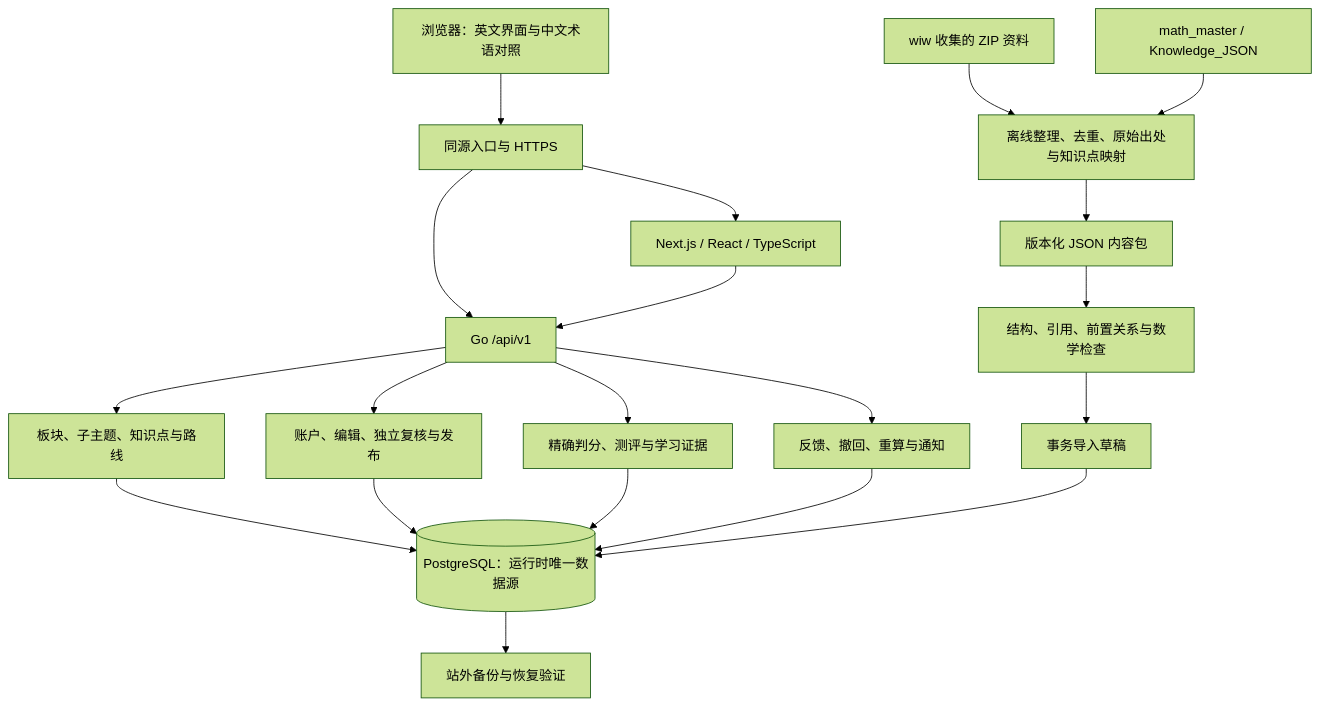
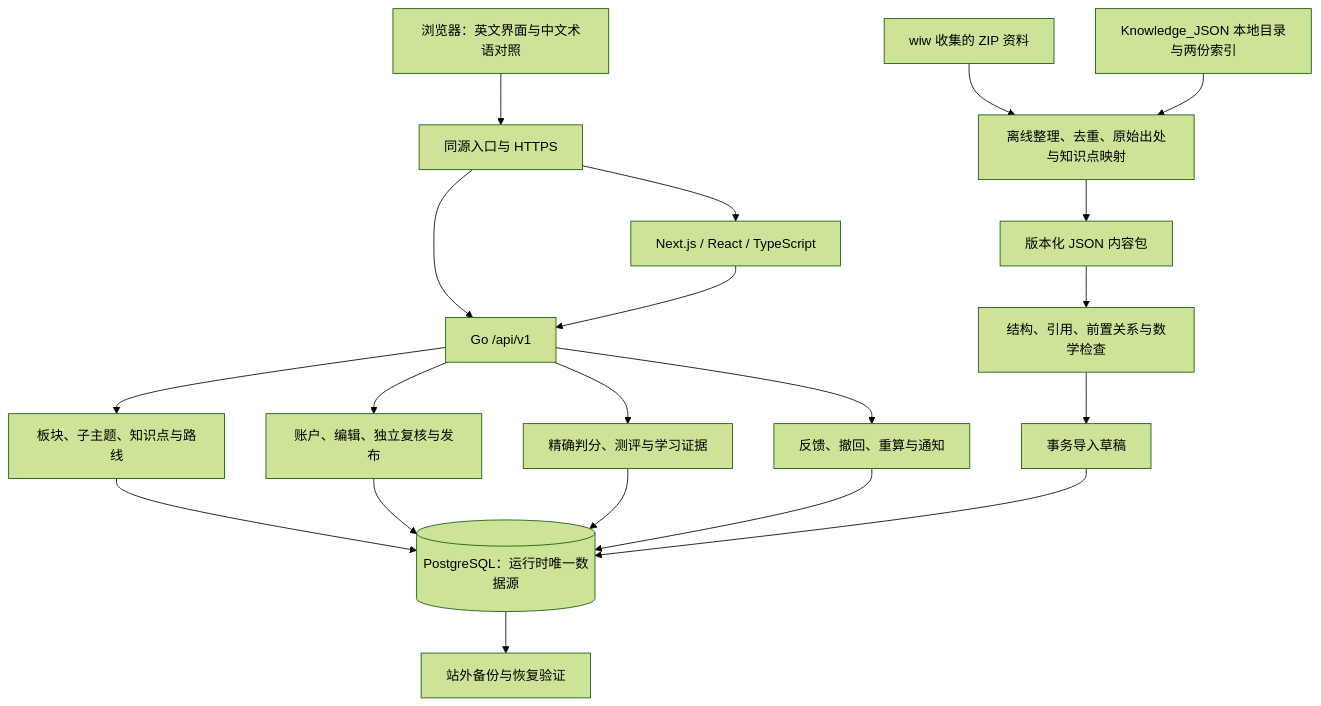
One commit to yyl1212/math_master changed the diagram in docs/superpowers/plans/2026-09-30-development-roadmap.md. Above: the diagram before and after it, drawn with Mermaid (forest theme). The commit also changed other lines of this file and 5 other files, not shown here.

````diff
--- a/docs/superpowers/plans/2026-09-30-development-roadmap.md
+++ b/docs/superpowers/plans/2026-09-30-development-roadmap.md
@@ -31,22 +31,22 @@
 ```mermaid
 flowchart TD
     Browser[浏览器：英文界面与中文术语对照] --> Entry[同源入口与 HTTPS]
     Entry --> Web[Next.js / React / TypeScript]
     Entry --> Go[Go /api/v1]
     Web --> Go
     Go --> Catalogue[板块、子主题、知识点与路线]
     Go --> Review[账户、编辑、独立复核与发布]
     Go --> Assessment[精确判分、测评与学习证据]
     Go --> Correction[反馈、撤回、重算与通知]
     Catalogue --> DB[(PostgreSQL：运行时唯一数据源)]
     Review --> DB
     Assessment --> DB
     Correction --> DB
     Packages[版本化 JSON 内容包] --> Validator[结构、引用、前置关系与数学检查]
     Archives[wiw 收集的 ZIP 资料] --> Source[离线整理、去重、原始出处与知识点映射]
-    KnowledgeFiles[math_master / Knowledge_JSON] --> Source
+    KnowledgeFiles[Knowledge_JSON 本地目录与两份索引] --> Source
     Source --> Packages
     Validator --> Draft[事务导入草稿]
     Draft --> DB
     DB --> Backup[站外备份与恢复验证]
 ```
````
